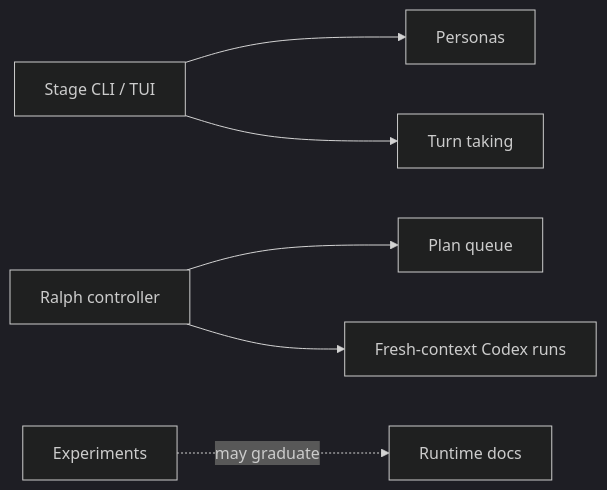
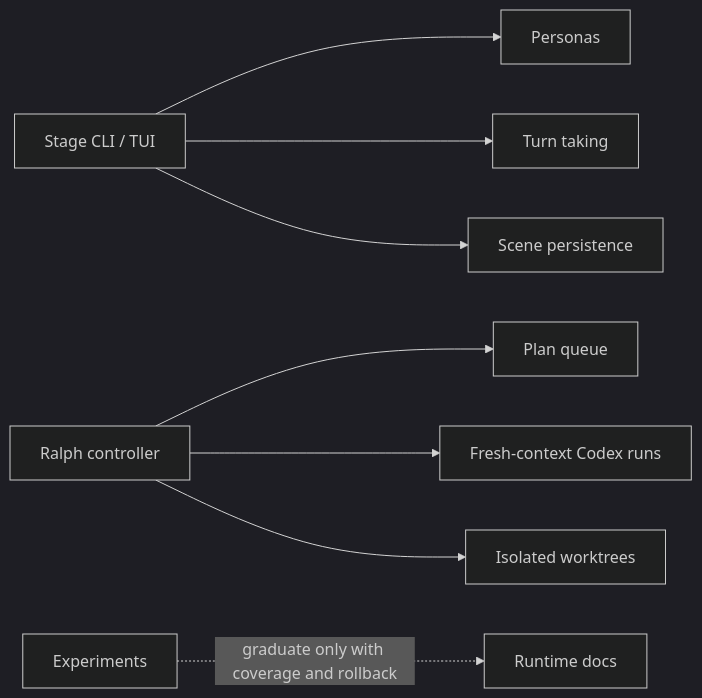
The diagram in docs/experiments/README.md (yuanyunfan/miniclaw), drawn with Mermaid (dark theme) before and after one commit. The commit also changed other lines of this file and 49 other files, not shown here.

````diff
--- a/docs/experiments/README.md
+++ b/docs/experiments/README.md
@@ -7,8 +7,10 @@
 ```mermaid
 flowchart LR
   Stage[Stage CLI / TUI] --> Personas[Personas]
   Stage --> TurnTaking[Turn taking]
-  Ralph[Ralph controller] --> Plans[Plan queue]
+  Stage --> Scenes[Scene persistence]
+  Ralph[Ralph controller] --> Queue[Plan queue]
   Ralph --> FreshContext[Fresh-context Codex runs]
-  Experiments[Experiments] -. may graduate .-> Runtime[Runtime docs]
+  Ralph --> Worktrees[Isolated worktrees]
+  Experiments[Experiments] -. graduate only with coverage and rollback .-> Runtime[Runtime docs]
 ```
````
